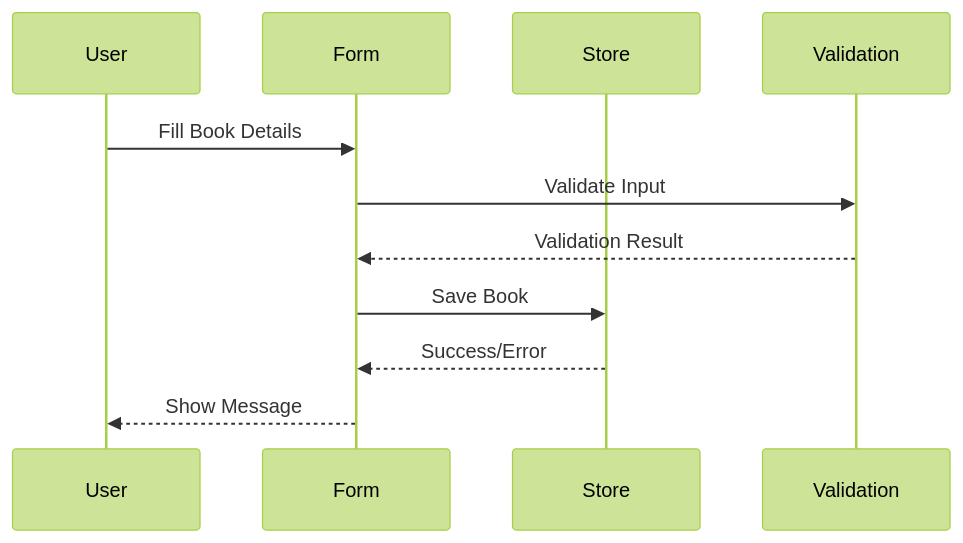
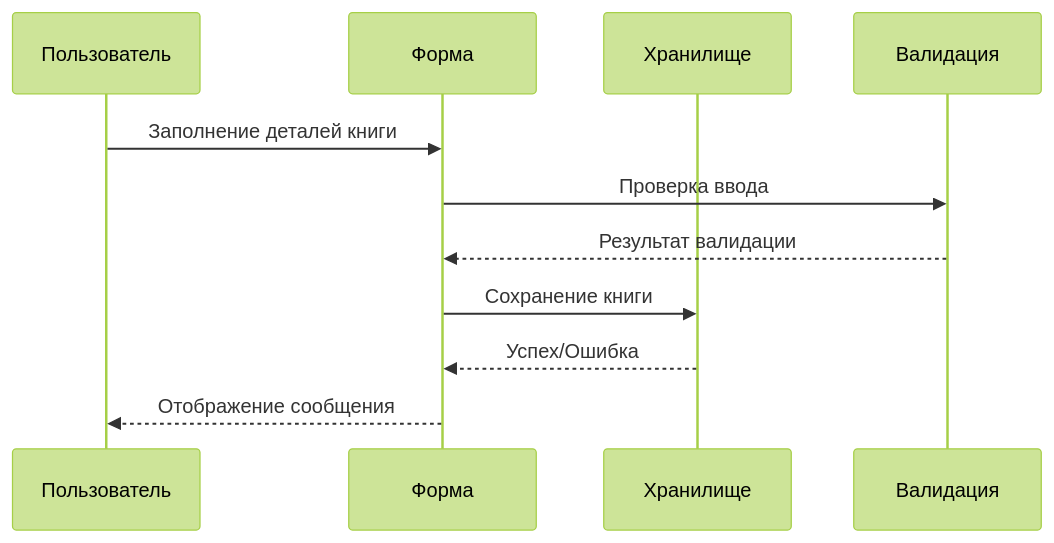
Before and after one commit to ikloster03/snowflake-desktop: the second of 2 diagrams in docs/navigation.md, drawn with Mermaid (forest theme). The commit also changed other lines of this file, not shown here.

Commit message:
docs: обновить навигационную диаграмму и процесс создания книги с русскоязычными метками

````diff
--- a/docs/navigation.md
+++ b/docs/navigation.md
@@ -22,14 +20,14 @@
 ```mermaid
 sequenceDiagram
-    participant U as User
-    participant F as Form
-    participant S as Store
-    participant V as Validation
+    participant U as Пользователь
+    participant F as Форма
+    participant S as Хранилище
+    participant V as Валидация
 
-    U->>F: Fill Book Details
-    F->>V: Validate Input
-    V-->>F: Validation Result
-    F->>S: Save Book
-    S-->>F: Success/Error
-    F-->>U: Show Message
+    U->>F: Заполнение деталей книги
+    F->>V: Проверка ввода
+    V-->>F: Результат валидации
+    F->>S: Сохранение книги
+    S-->>F: Успех/Ошибка
+    F-->>U: Отображение сообщения
 ```
````
